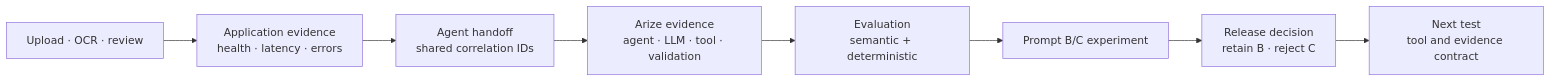
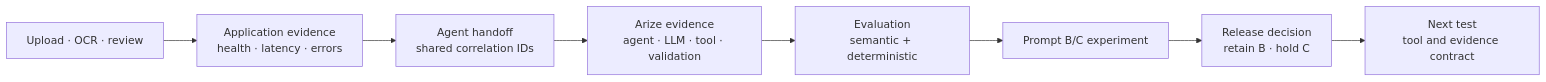
The diagram in README.md (ptw1255/Arize-AI-Project), drawn with Mermaid before and after one commit. The commit also changed other lines of this file and 18 other files, not shown here.

````diff
--- a/README.md
+++ b/README.md
@@ -54,10 +54,10 @@
 ```mermaid
 flowchart LR
     U[Upload · OCR · review] --> A[Application evidence<br/>health · latency · errors]
     A --> H[Agent handoff<br/>shared correlation IDs]
     H --> X[Arize evidence<br/>agent · LLM · tool · validation]
     X --> E[Evaluation<br/>semantic + deterministic]
     E --> P[Prompt B/C experiment]
-    P --> D[Release decision<br/>retain B · reject C]
+    P --> D[Release decision<br/>retain B · hold C]
     D --> N[Next test<br/>tool and evidence contract]
 ```
````
